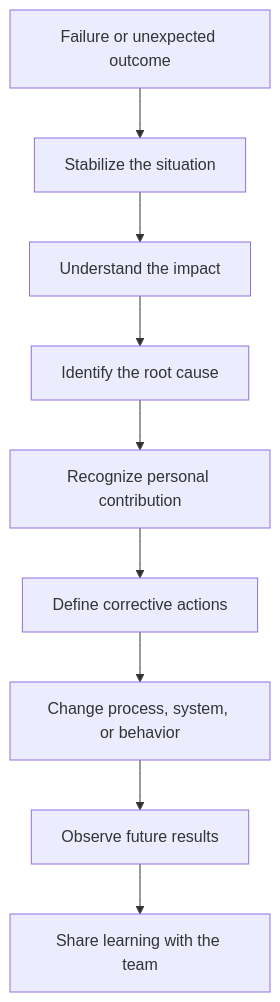
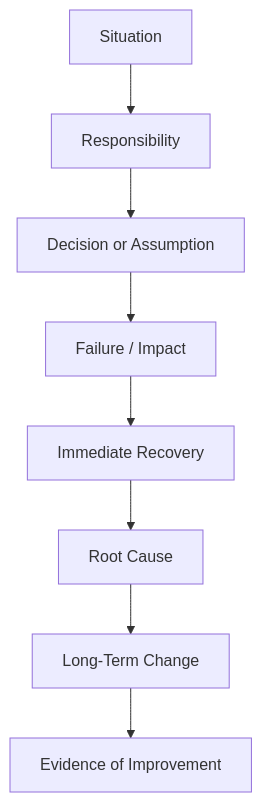
Before and after one commit to AvadhBhalodiya/Interview-Preparation: the second of 2 diagrams in src/content/behavioral/failure-and-learning.md, drawn with Mermaid. The commit also changed other lines of this file and 54 other files, not shown here.

````diff
--- a/src/content/behavioral/failure-and-learning.md
+++ b/src/content/behavioral/failure-and-learning.md
@@ -162,11 +141,10 @@
 ```mermaid
 flowchart TD
-    A[Failure or unexpected outcome] --> B[Stabilize the situation]
-    B --> C[Understand the impact]
-    C --> D[Identify the root cause]
-    D --> E[Recognize personal contribution]
-    E --> F[Define corrective actions]
-    F --> G[Change process, system, or behavior]
-    G --> H[Observe future results]
-    H --> I[Share learning with the team]
+    A[Situation] --> B[Responsibility]
+    B --> C[Decision or Assumption]
+    C --> D[Failure / Impact]
+    D --> E[Immediate Recovery]
+    E --> F[Root Cause]
+    F --> G[Long-Term Change]
+    G --> H[Evidence of Improvement]
 ```
````
